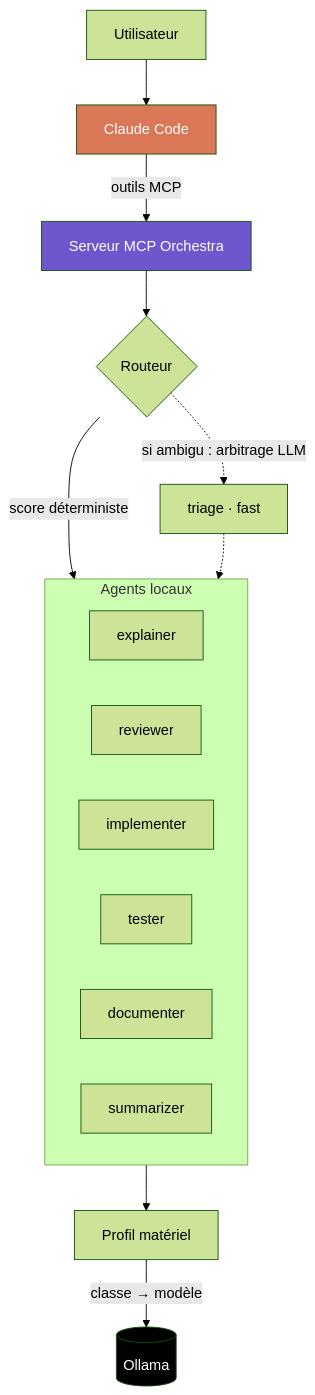
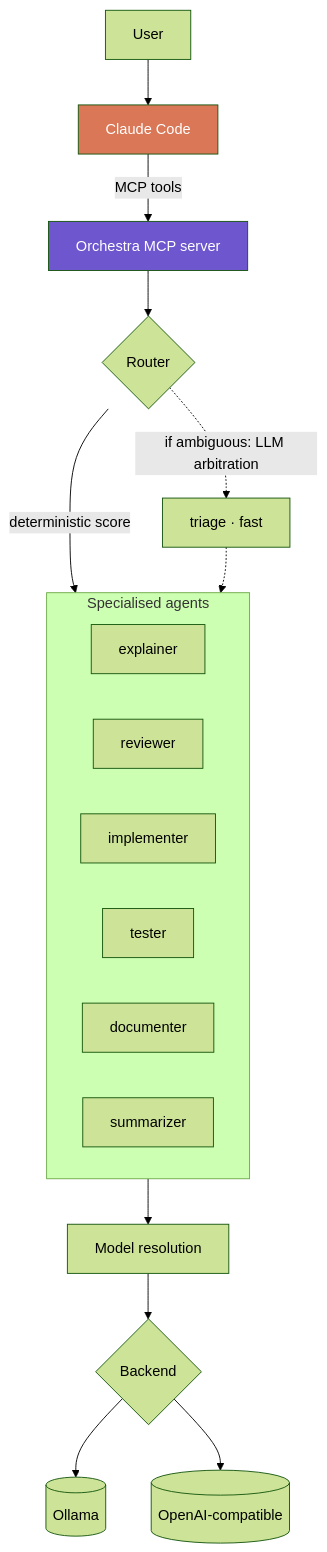
One commit to MMatice/orchestra changed the diagram in README.md. Above: the diagram before and after it, drawn with Mermaid (forest theme). The commit also changed other lines of this file and 19 other files, not shown here.

First line of the commit message:
Ajoute une couche backend : LiteLLM et endpoints OpenAI-compatibles

````diff
--- a/README.md
+++ b/README.md
@@ -64,27 +58,28 @@
 ```mermaid
 flowchart TB
-    U[Utilisateur] --> C[Claude Code]
-    C -->|outils MCP| O[Serveur MCP Orchestra]
+    U[User] --> C[Claude Code]
+    C -->|MCP tools| O[Orchestra MCP server]
 
-    O --> R{Routeur}
-    R -->|score déterministe| A
-    R -.->|si ambigu : arbitrage LLM| T[triage · fast]
+    O --> R{Router}
+    R -->|deterministic score| A
+    R -.->|if ambiguous: LLM arbitration| T[triage · fast]
     T -.-> A
 
-    subgraph A[Agents locaux]
+    subgraph A[Specialised agents]
         direction LR
         A1[explainer]
         A2[reviewer]
         A3[implementer]
         A4[tester]
         A5[documenter]
         A6[summarizer]
     end
 
-    A --> P[Profil matériel]
-    P -->|classe → modèle| OL[(Ollama)]
+    A --> P[Model resolution]
+    P --> B{Backend}
+    B --> B1[(Ollama)]
+    B --> B2[(OpenAI-compatible)]
 
     style C fill:#D97757,color:#fff
     style O fill:#6E56CF,color:#fff
-    style OL fill:#000,color:#fff
 ```
````
